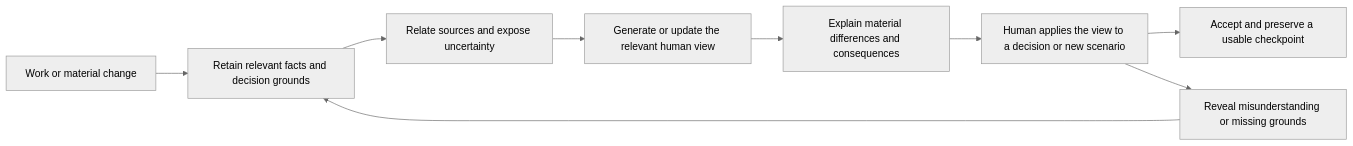
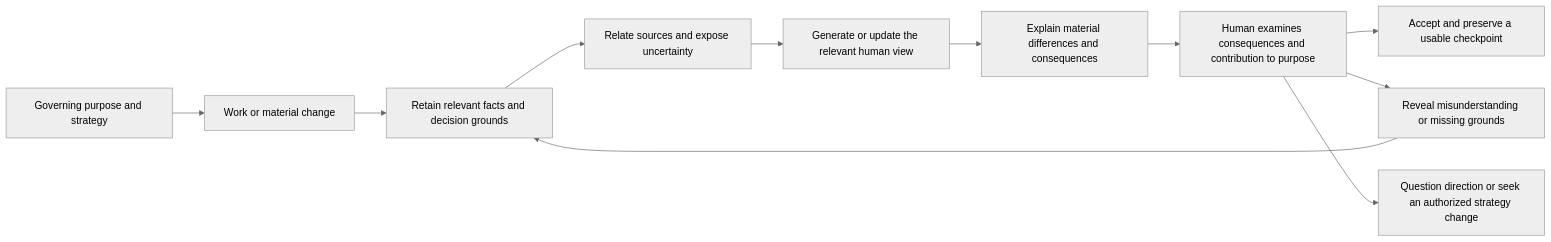
One commit to saubakirov/trace-first-starter changed the diagram in workspace/2026/TFW_20261021-150657_UTW/HL-TFW_20261021-150657_UTW.md. Above: the diagram before and after it, drawn with Mermaid (neutral theme). The commit also changed other lines of this file, not shown here.

````diff
--- a/workspace/2026/TFW_20261021-150657_UTW/HL-TFW_20261021-150657_UTW.md
+++ b/workspace/2026/TFW_20261021-150657_UTW/HL-TFW_20261021-150657_UTW.md
@@ -92,11 +103,13 @@
 ```mermaid
 flowchart LR
-  A[Work or material change] --> B[Retain relevant facts and decision grounds]
+  P[Governing purpose and strategy] --> A[Work or material change]
+  A --> B[Retain relevant facts and decision grounds]
   B --> C[Relate sources and expose uncertainty]
   C --> D[Generate or update the relevant human view]
   D --> E[Explain material differences and consequences]
-  E --> F[Human applies the view to a decision or new scenario]
+  E --> F[Human examines consequences and contribution to purpose]
   F --> G[Accept and preserve a usable checkpoint]
   F --> H[Reveal misunderstanding or missing grounds]
   H --> B
+  F --> I[Question direction or seek an authorized strategy change]
 ```
````
